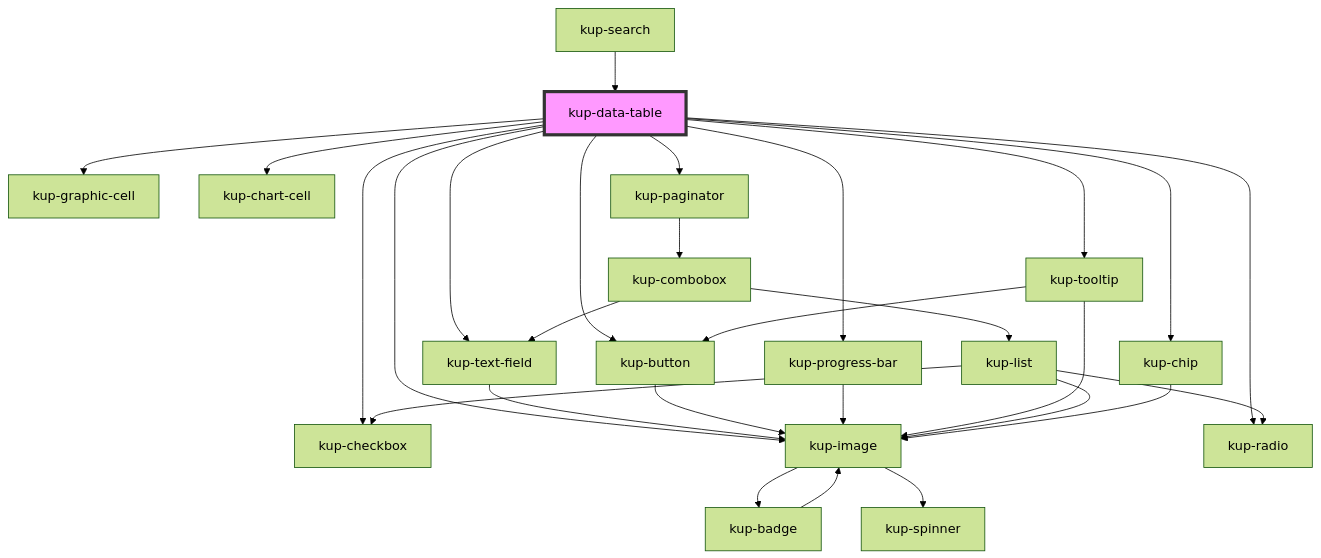
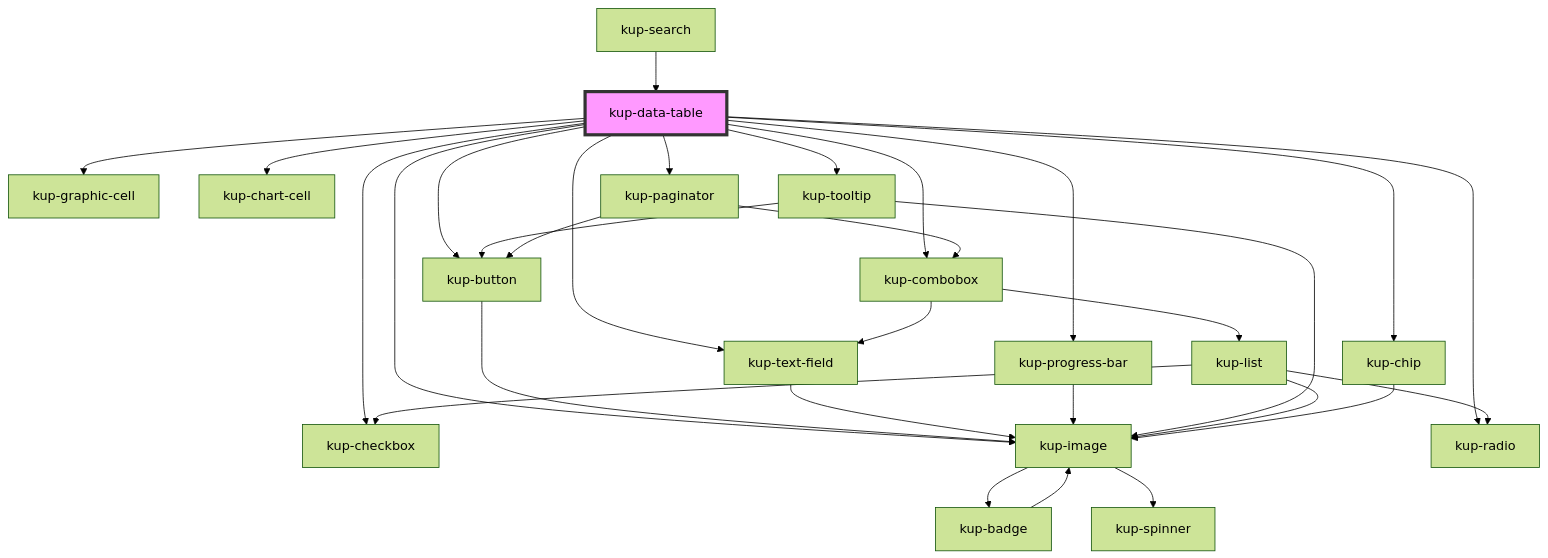
One commit to smeup/ketchup changed the diagram in packages/ketchup/src/components/kup-data-table/readme.md. Above: the diagram before and after it, drawn with Mermaid (forest theme). The commit also changed other lines of this file and 14 other files, not shown here.

Commit message:
More style fixes on data table and paginator.

````diff
--- a/packages/ketchup/src/components/kup-data-table/readme.md
+++ b/packages/ketchup/src/components/kup-data-table/readme.md
@@ -157,31 +158,33 @@
 ```mermaid
 graph TD;
   kup-data-table --> kup-checkbox
-  kup-data-table --> kup-text-field
   kup-data-table --> kup-image
   kup-data-table --> kup-button
+  kup-data-table --> kup-text-field
   kup-data-table --> kup-graphic-cell
   kup-data-table --> kup-chart-cell
   kup-data-table --> kup-progress-bar
   kup-data-table --> kup-radio
   kup-data-table --> kup-tooltip
   kup-data-table --> kup-paginator
+  kup-data-table --> kup-combobox
   kup-data-table --> kup-chip
-  kup-text-field --> kup-image
   kup-image --> kup-badge
   kup-image --> kup-spinner
   kup-badge --> kup-image
   kup-button --> kup-image
+  kup-text-field --> kup-image
   kup-progress-bar --> kup-image
   kup-tooltip --> kup-button
   kup-tooltip --> kup-image
+  kup-paginator --> kup-button
   kup-paginator --> kup-combobox
   kup-combobox --> kup-text-field
   kup-combobox --> kup-list
   kup-list --> kup-image
   kup-list --> kup-radio
   kup-list --> kup-checkbox
   kup-chip --> kup-image
   kup-search --> kup-data-table
   style kup-data-table fill:#f9f,stroke:#333,stroke-width:4px
 ```
````
